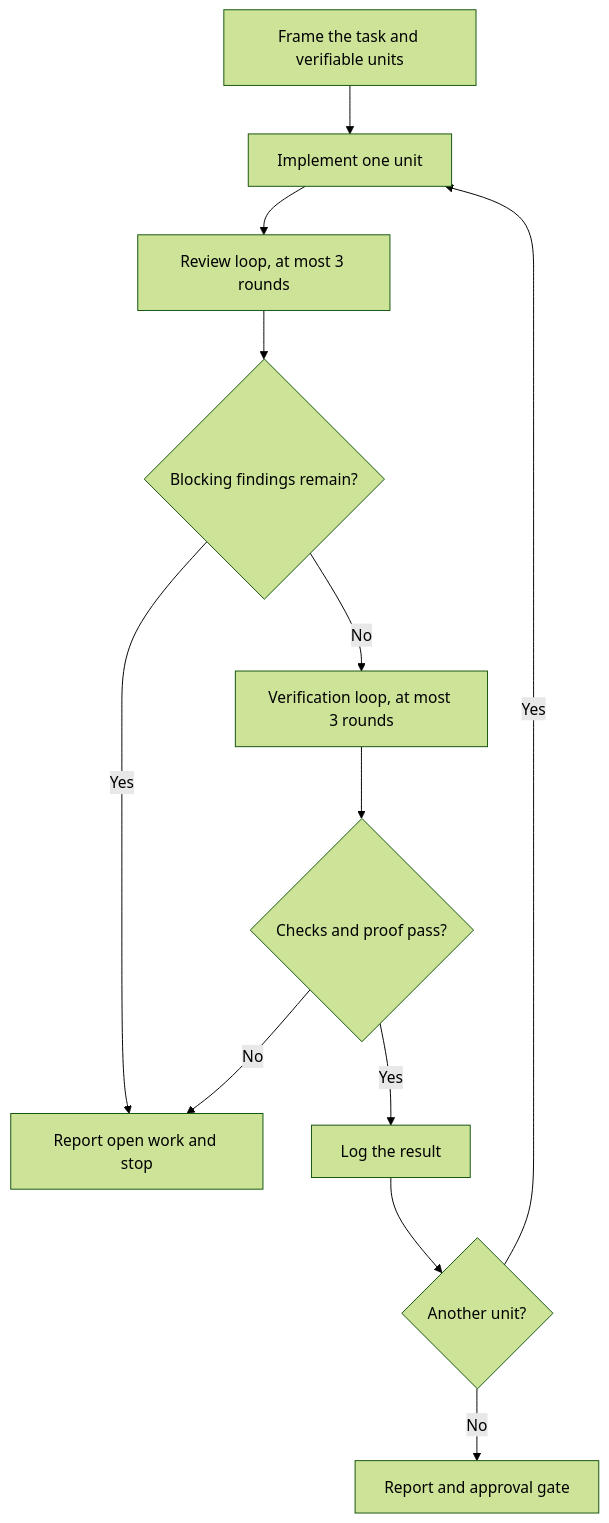
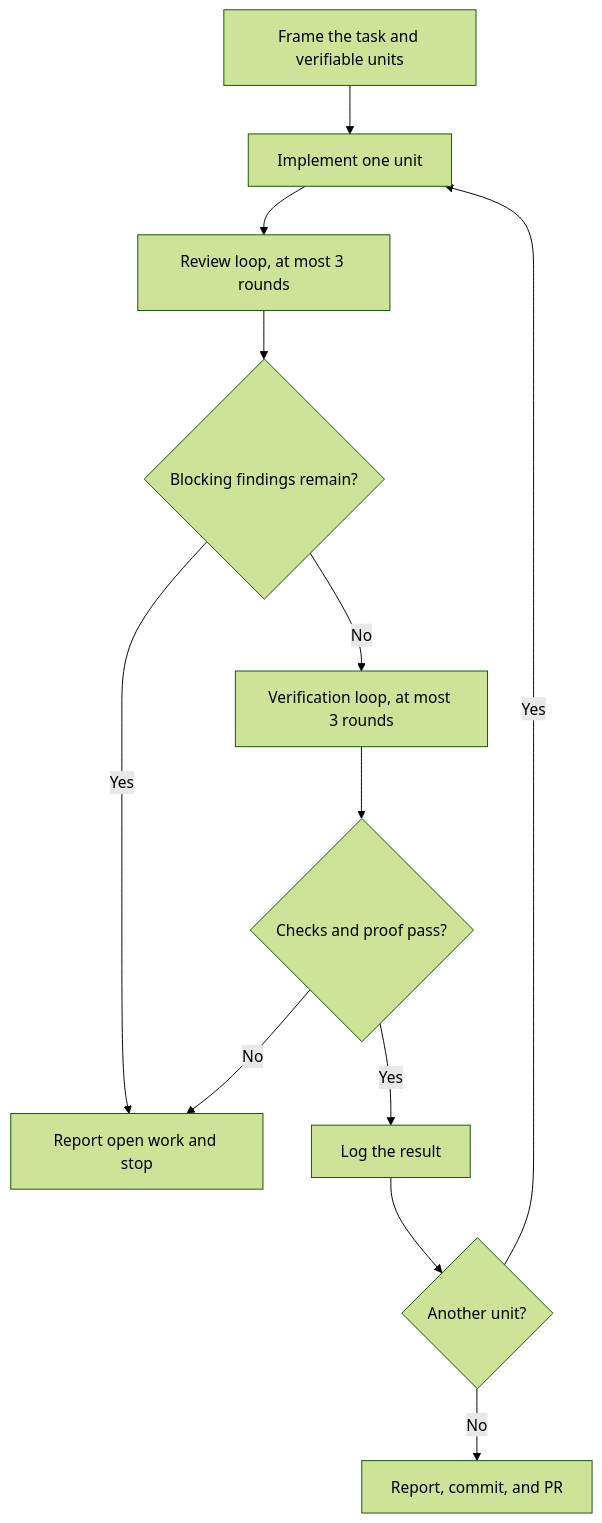
The diagram in docs/guide/07-overnight.md (flybyflo/fly), drawn with Mermaid (forest theme) before and after one commit. The commit also changed other lines of this file and 19 other files, not shown here.

````diff
--- a/docs/guide/07-overnight.md
+++ b/docs/guide/07-overnight.md
@@ -42,14 +41,14 @@
 ```mermaid
 flowchart TD
     A[Frame the task and verifiable units] --> B[Implement one unit]
     B --> C[Review loop, at most 3 rounds]
     C --> D{Blocking findings remain?}
     D -->|Yes| E[Report open work and stop]
     D -->|No| F[Verification loop, at most 3 rounds]
     F --> G{Checks and proof pass?}
     G -->|No| E
     G -->|Yes| H[Log the result]
     H --> I{Another unit?}
     I -->|Yes| B
-    I -->|No| J[Report and approval gate]
+    I -->|No| J[Report, commit, and PR]
 ```
````
